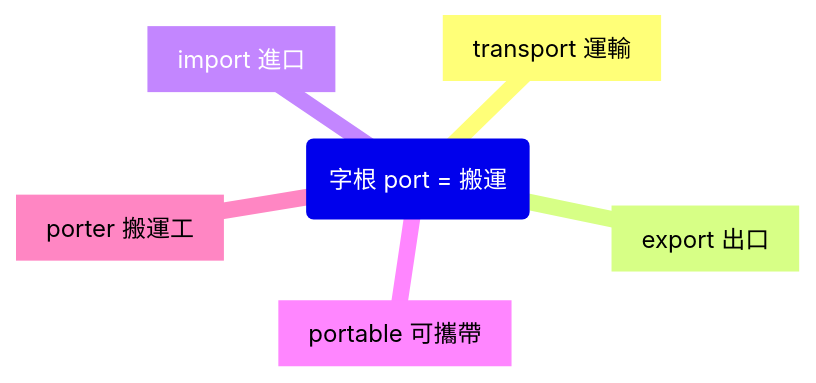
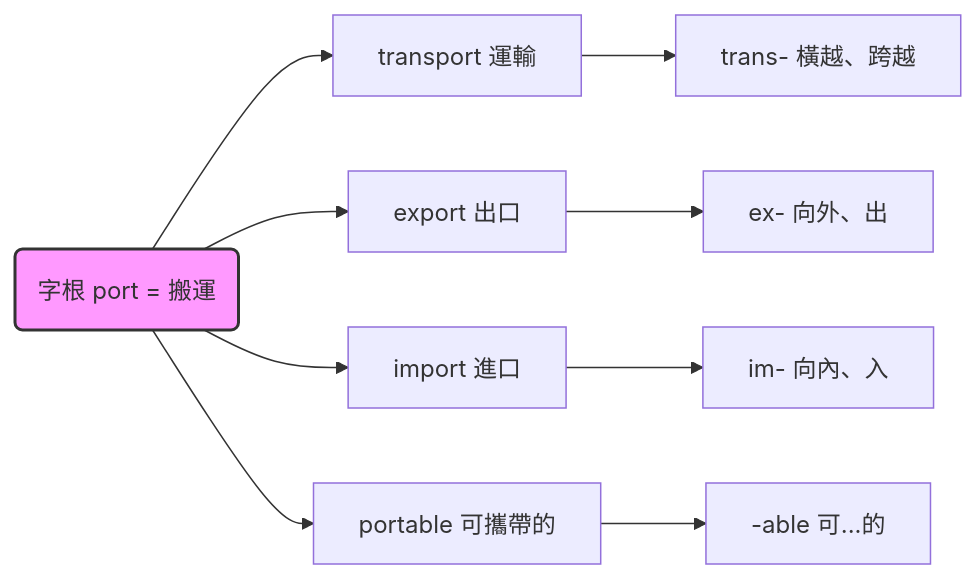
One commit to chonglun/tw-senior-high-ai-tutor changed the first of 12 diagrams in 英文/字根字首入門.md. Above: the diagram before and after it, drawn with Mermaid. The commit also changed other lines of this file and 10 other files, not shown here.

First line of the commit message:
Add matrix/rotation notes; Obsidian & Mermaid rules

````diff
--- a/英文/字根字首入門.md
+++ b/英文/字根字首入門.md
@@ -35,9 +39,17 @@
 ```mermaid
-mindmap
-  root("字根 port = 搬運")
-    transport["transport 運輸"]
-    export["export 出口"]
-    import["import 進口"]
-    portable["portable 可攜帶"]
-    porter["porter 搬運工"]
+graph LR
+  root("字根 port = 搬運") --> transport["transport 運輸"]
+  transport --> trans["trans- 橫越、跨越"]
+  
+  root --> export["export 出口"]
+  export --> ex["ex- 向外、出"]
+  
+  root --> import["import 進口"]
+  import --> im["im- 向內、入"]
+  
+  root --> portable["portable 可攜帶的"]
+  portable --> able["-able 可...的"]
+  
+  %% 調整一下視覺顏色，讓它更像心智圖
+  style root fill:#f9f,stroke:#333,stroke-width:2px
 ```
````
